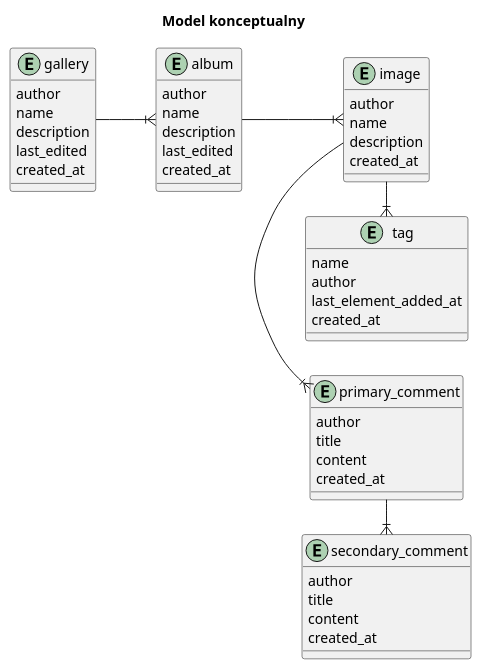
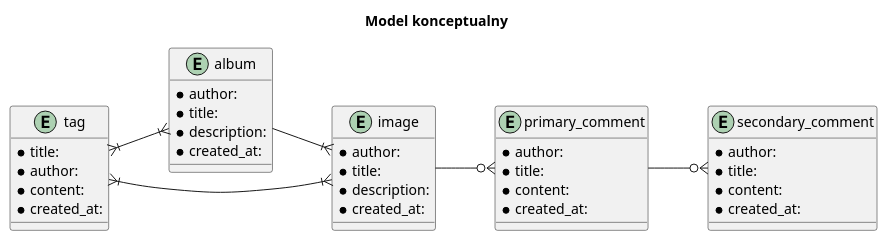
The diagram in conceptual.puml (paiGallery3G/db_models), drawn with PlantUML before and after one commit.

```diff
--- a/conceptual.puml
+++ b/conceptual.puml
@@ -1,56 +1,51 @@
 @startuml
+
 left to right direction
 ' Horizontal lines:
 ' Vertical lines: -->, <--, <-->, ->, -|{, <->
 title Model konceptualny
 
-entity gallery {
- author
- name
- description
- last_edited
- created_at
-}
 
 entity album {
- author
- name
- description
- last_edited
- created_at
+  * author:
+  * title:
+  * description:
+  * created_at:
 }
 
 entity image {
- author
- name
- description
- created_at
+  * author:
+  * title:
+  * description:
+  * created_at:
 }
 
-entity primary_comment {
- author
- title
- content
- created_at
+entity primary_comment{
+  * author:
+  * title:
+  * content:
+  * created_at:
 }
 
-entity secondary_comment {
- author
- title
- content
- created_at
+entity secondary_comment{
+  * author:
+  * title:
+  * content:
+  * created_at:
 }
 
-entity tag {
- name
- author
- last_element_added_at
- created_at
+entity tag{
+  * title:
+  * author:
+  * content:
+  * created_at:
 }
 
-gallery --|{ album
 album --|{ image
-image -|{ primary_comment
-primary_comment -|{ secondary_comment
-image -|{ tag
+image   --o{ primary_comment
+primary_comment --o{ secondary_comment
+
+tag }|--|{ image
+tag }|--|{ album
+
 @enduml
```
